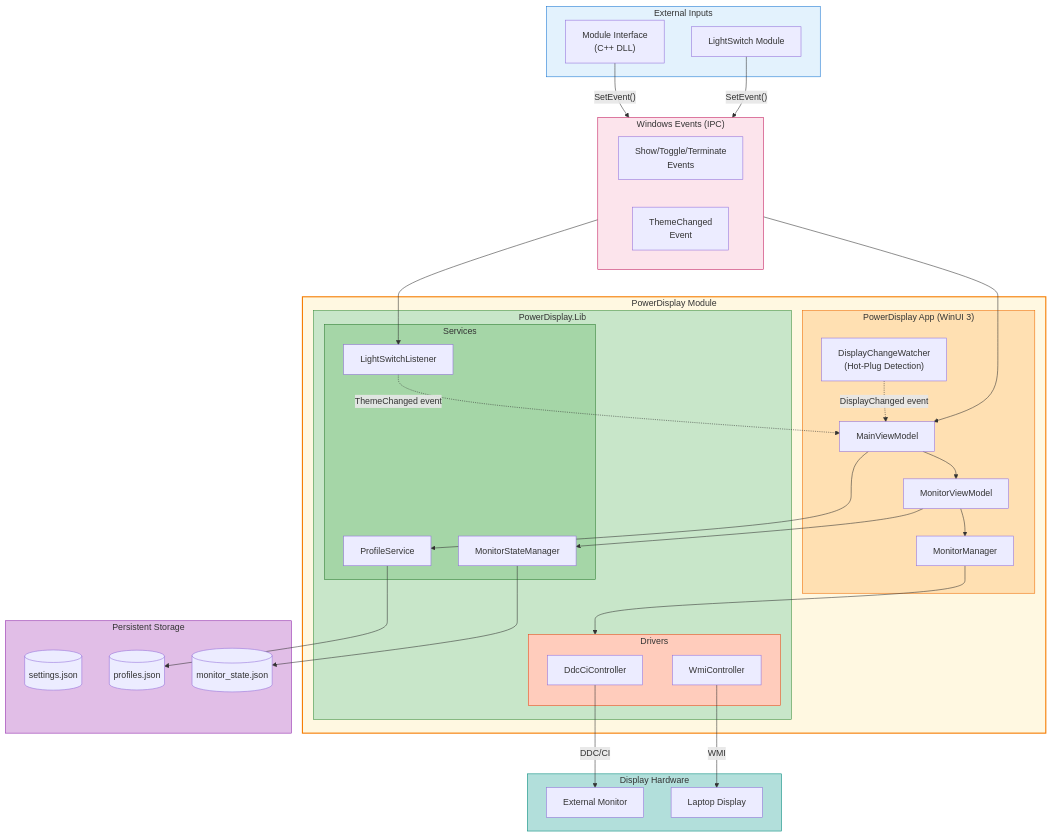
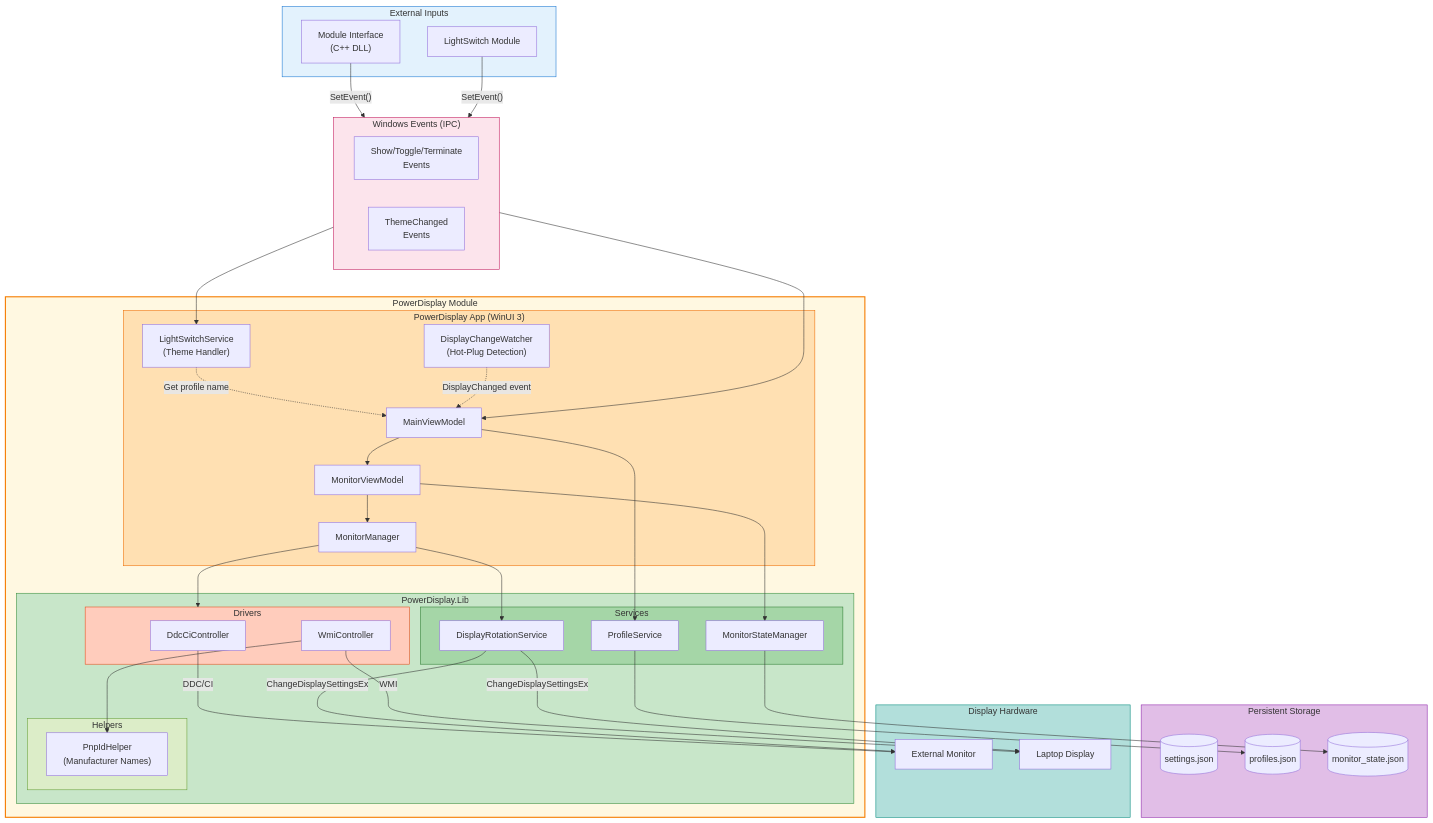
One commit to microsoft/PowerToys changed the second of 17 diagrams in doc/devdocs/modules/powerdisplay/design.md. Above: the diagram before and after it, drawn with Mermaid. The commit also changed other lines of this file and 2 other files, not shown here.

First line of the commit message:
PowerDisplay: overhaul design docs, remove obsolete IPC code

````diff
--- a/doc/devdocs/modules/powerdisplay/design.md
+++ b/doc/devdocs/modules/powerdisplay/design.md
@@ -236,7 +279,7 @@
     subgraph WindowsEvents["Windows Events (IPC)"]
         direction LR
         ShowToggleEvents["Show/Toggle/Terminate<br/>Events"]
-        ThemeChangedEvent["ThemeChanged<br/>Event"]
+        ThemeChangedEvent["ThemeChanged<br/>Events"]
     end
 
     subgraph PowerDisplayModule["PowerDisplay Module"]
@@ -245,17 +288,21 @@
             MonitorViewModel
             MonitorManager
             DisplayChangeWatcher["DisplayChangeWatcher<br/>(Hot-Plug Detection)"]
+            LightSwitchService["LightSwitchService<br/>(Theme Handler)"]
         end
 
         subgraph PowerDisplayLib["PowerDisplay.Lib"]
             subgraph Services
-                LightSwitchListener
                 ProfileService
                 MonitorStateManager
+                DisplayRotationService
             end
             subgraph Drivers
                 DdcCiController
                 WmiController
+            end
+            subgraph Helpers
+                PnpIdHelper["PnpIdHelper<br/>(Manufacturer Names)"]
             end
         end
     end
@@ -277,10 +324,10 @@
 
     %% Windows Events to App
     ShowToggleEvents --> MainViewModel
-    ThemeChangedEvent --> LightSwitchListener
+    ThemeChangedEvent --> LightSwitchService
 
-    %% App internal (MainViewModel owns LightSwitchListener)
-    LightSwitchListener -.->|"ThemeChanged event"| MainViewModel
+    %% App internal
+    LightSwitchService -.->|"Get profile name"| MainViewModel
     MainViewModel --> MonitorViewModel
     MonitorViewModel --> MonitorManager
     DisplayChangeWatcher -.->|"DisplayChanged event"| MainViewModel
@@ -289,6 +336,10 @@
     MainViewModel --> ProfileService
     MonitorViewModel --> MonitorStateManager
     MonitorManager --> Drivers
+    MonitorManager --> DisplayRotationService
+
+    %% Helpers used during discovery
+    WmiController --> PnpIdHelper
 
     %% Services to Storage
     ProfileService --> ProfilesJson
@@ -297,6 +348,8 @@
     %% Drivers to Hardware
     DdcCiController -->|"DDC/CI"| ExternalMonitor
     WmiController -->|"WMI"| LaptopDisplay
+    DisplayRotationService -->|"ChangeDisplaySettingsEx"| ExternalMonitor
+    DisplayRotationService -->|"ChangeDisplaySettingsEx"| LaptopDisplay
 
     %% Styling
     style ExternalInputs fill:#e3f2fd,stroke:#1976d2
@@ -306,6 +359,7 @@
     style PowerDisplayLib fill:#c8e6c9,stroke:#388e3c
     style Services fill:#a5d6a7,stroke:#2e7d32
     style Drivers fill:#ffccbc,stroke:#e64a19
+    style Helpers fill:#dcedc8,stroke:#689f38
     style Storage fill:#e1bee7,stroke:#8e24aa
     style Hardware fill:#b2dfdb,stroke:#00897b
 ```
````
